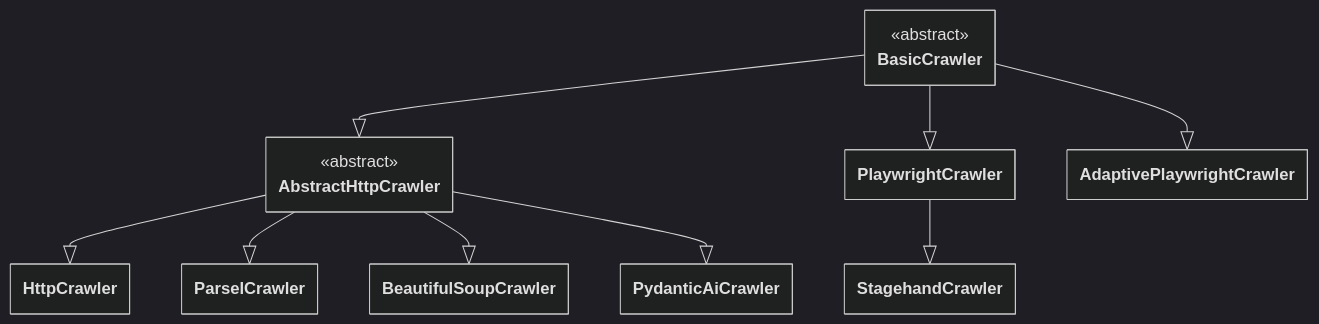
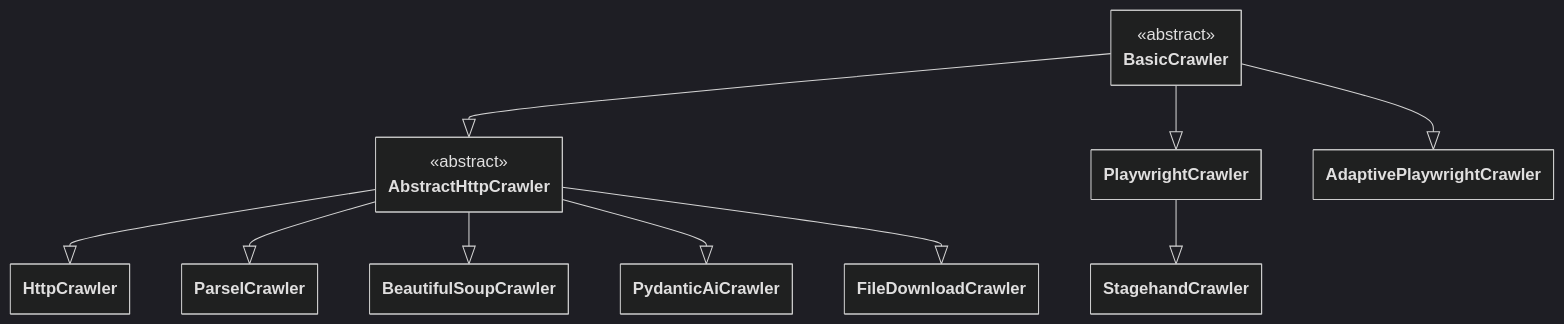
The first of 5 diagrams in docs/guides/architecture_overview.mdx (apify/crawlee-python), drawn with Mermaid (dark theme) before and after one commit. The commit also changed other lines of this file and 10 other files, not shown here.

First line of the commit message:
feat: add FileDownloadCrawler for downloading and streaming files (#2043)

````diff
--- a/docs/guides/architecture_overview.mdx
+++ b/docs/guides/architecture_overview.mdx
@@ -21,52 +21,55 @@
 ```mermaid
 ---
 config:
     class:
         hideEmptyMembersBox: true
 ---
 
 classDiagram
 
 %% ========================
 %% Abstract classes
 %% ========================
 
 class BasicCrawler {
     <<abstract>>
 }
 
 class AbstractHttpCrawler {
     <<abstract>>
 }
 
 %% ========================
 %% Specific classes
 %% ========================
 
 class HttpCrawler
 
 class ParselCrawler
 
 class BeautifulSoupCrawler
 
 class PydanticAiCrawler
 
+class FileDownloadCrawler
+
 class PlaywrightCrawler
 
 class AdaptivePlaywrightCrawler
 
 class StagehandCrawler
 
 %% ========================
 %% Inheritance arrows
 %% ========================
 
 BasicCrawler --|> AbstractHttpCrawler
 BasicCrawler --|> PlaywrightCrawler
 BasicCrawler --|> AdaptivePlaywrightCrawler
 AbstractHttpCrawler --|> HttpCrawler
 AbstractHttpCrawler --|> ParselCrawler
 AbstractHttpCrawler --|> BeautifulSoupCrawler
 AbstractHttpCrawler --|> PydanticAiCrawler
+AbstractHttpCrawler --|> FileDownloadCrawler
 PlaywrightCrawler --|> StagehandCrawler
 ```
````
